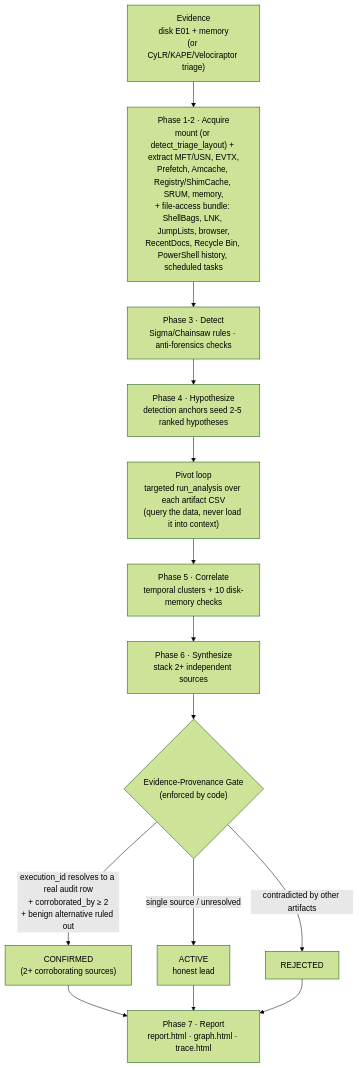
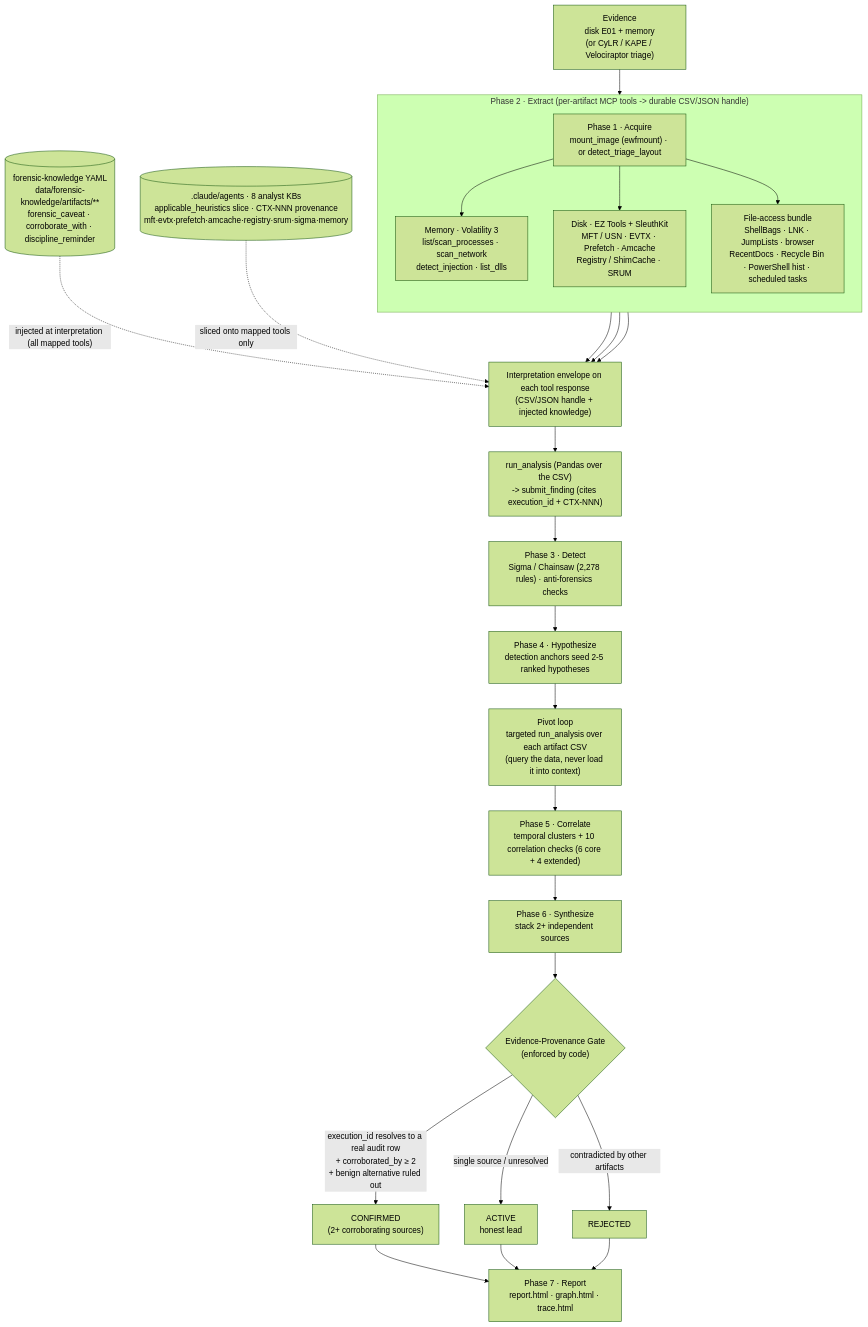
The diagram in README.md (kismatkunwar89/SAVVYDFIR-MCP), drawn with Mermaid (forest theme) before and after one commit.

````diff
--- a/README.md
+++ b/README.md
@@ -161,16 +161,32 @@
 ```mermaid
 flowchart TD
-    E["Evidence<br/>disk E01 + memory<br/>(or CyLR/KAPE/Velociraptor triage)"] --> X["Phase 1-2 · Acquire<br/>mount (or detect_triage_layout) + extract MFT/USN, EVTX,<br/>Prefetch, Amcache, Registry/ShimCache, SRUM, memory,<br/>+ file-access bundle: ShellBags, LNK, JumpLists, browser,<br/>RecentDocs, Recycle Bin, PowerShell history, scheduled tasks"]
-    X --> D["Phase 3 · Detect<br/>Sigma/Chainsaw rules · anti-forensics checks"]
+    E["Evidence<br/>disk E01 + memory<br/>(or CyLR / KAPE / Velociraptor triage)"] --> ACQ["Phase 1 · Acquire<br/>mount_image (ewfmount) · or detect_triage_layout"]
+
+    subgraph P12["Phase 2 · Extract (per-artifact MCP tools -> durable CSV/JSON handle)"]
+      direction TB
+      ACQ --> MEM["Memory · Volatility 3<br/>list/scan_processes · scan_network<br/>detect_injection · list_dlls"]
+      ACQ --> DSK["Disk · EZ Tools + SleuthKit<br/>MFT / USN · EVTX · Prefetch · Amcache<br/>Registry / ShimCache · SRUM"]
+      ACQ --> FAB["File-access bundle<br/>ShellBags · LNK · JumpLists · browser<br/>RecentDocs · Recycle Bin · PowerShell hist · scheduled tasks"]
+    end
+
+    MEM --> INT["Interpretation envelope on each tool response<br/>(CSV/JSON handle + injected knowledge)"]
+    DSK --> INT
+    FAB --> INT
+
+    FKY[("forensic-knowledge YAML<br/>data/forensic-knowledge/artifacts/**<br/>forensic_caveat · corroborate_with · discipline_reminder")] -. "injected at interpretation (all mapped tools)" .-> INT
+    KBS[(".claude/agents · 8 analyst KBs<br/>applicable_heuristics slice · CTX-NNN provenance<br/>mft·evtx·prefetch·amcache·registry·srum·sigma·memory")] -. "sliced onto mapped tools only" .-> INT
+
+    INT --> RA["run_analysis (Pandas over the CSV)<br/>-> submit_finding (cites execution_id + CTX-NNN)"]
+    RA --> D["Phase 3 · Detect<br/>Sigma / Chainsaw (2,278 rules) · anti-forensics checks"]
     D --> H["Phase 4 · Hypothesize<br/>detection anchors seed 2-5 ranked hypotheses"]
     H --> P["Pivot loop<br/>targeted run_analysis over each artifact CSV<br/>(query the data, never load it into context)"]
-    P --> C["Phase 5 · Correlate<br/>temporal clusters + 10 disk-memory checks"]
+    P --> C["Phase 5 · Correlate<br/>temporal clusters + 10 correlation checks (6 core + 4 extended)"]
     C --> S["Phase 6 · Synthesize<br/>stack 2+ independent sources"]
     S --> G{"Evidence-Provenance Gate<br/>(enforced by code)"}
     G -->|"execution_id resolves to a real audit row<br/>+ corroborated_by ≥ 2<br/>+ benign alternative ruled out"| CONF["CONFIRMED<br/>(2+ corroborating sources)"]
     G -->|"single source / unresolved"| ACT["ACTIVE<br/>honest lead"]
     G -->|"contradicted by other artifacts"| REJ["REJECTED"]
     CONF --> R["Phase 7 · Report<br/>report.html · graph.html · trace.html"]
     ACT --> R
     REJ --> R
 ```
````
